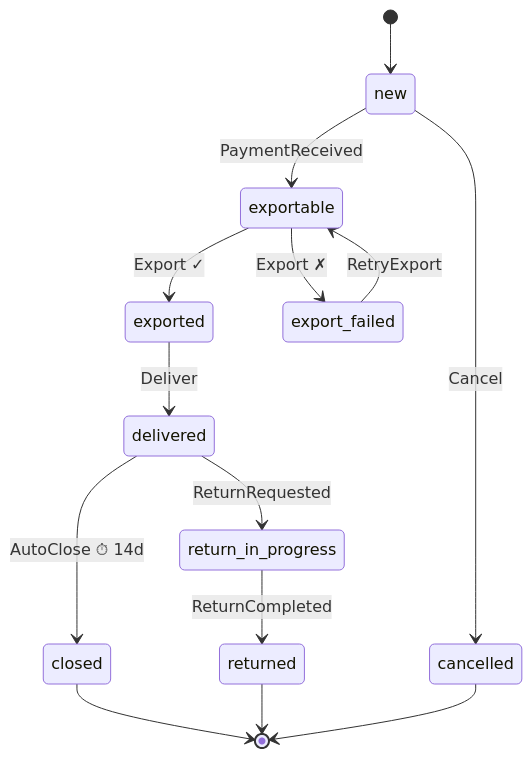
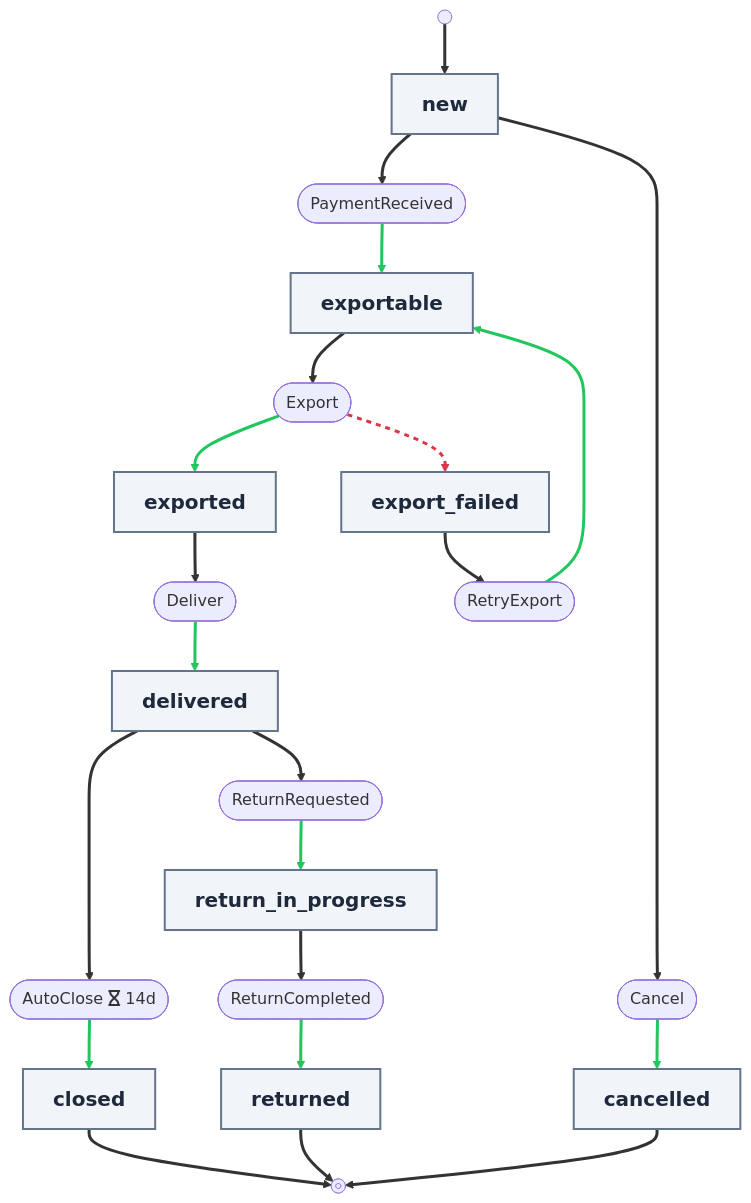
One commit to camcima/duraflows changed the diagram in docs/workflow-definitions.md. Above: the diagram before and after it, drawn with Mermaid. The commit also changed 5 other files, not shown here.

First line of the commit message:
feat: refine mermaid diagram visual design and add documentation

````diff
--- a/docs/workflow-definitions.md
+++ b/docs/workflow-definitions.md
@@ -432,16 +432,58 @@
 ```mermaid
-stateDiagram-v2
-    [*] --> new
-    new --> exportable : PaymentReceived
-    new --> cancelled : Cancel
-    exportable --> exported : Export ✓
-    exportable --> export_failed : Export ✗
-    exported --> delivered : Deliver
-    delivered --> closed : AutoClose ⏱ 14d
-    delivered --> return_in_progress : ReturnRequested
-    export_failed --> exportable : RetryExport
-    return_in_progress --> returned : ReturnCompleted
-    closed --> [*]
-    cancelled --> [*]
-    returned --> [*]
+flowchart TB
+
+    classDef stateNode fill:#f1f5f9,stroke:#64748b,stroke-width:2px,color:#1e293b,font-size:20px
+
+    _start@{ shape: sm-circ }
+    new["<b>new</b>"]:::stateNode
+    exportable["<b>exportable</b>"]:::stateNode
+    exported["<b>exported</b>"]:::stateNode
+    delivered["<b>delivered</b>"]:::stateNode
+    closed["<b>closed</b>"]:::stateNode
+    cancelled["<b>cancelled</b>"]:::stateNode
+    export_failed["<b>export_failed</b>"]:::stateNode
+    return_in_progress["<b>return_in_progress</b>"]:::stateNode
+    returned["<b>returned</b>"]:::stateNode
+    _end@{ shape: framed-circle }
+
+    _start --> new
+
+    new__PaymentReceived(["PaymentReceived"])
+    new --> new__PaymentReceived
+    new__PaymentReceived --> exportable
+    new__Cancel(["Cancel"])
+    new --> new__Cancel
+    new__Cancel --> cancelled
+
+    exportable__Export(["Export"])
+    exportable --> exportable__Export
+    exportable__Export --> exported
+    exportable__Export --> export_failed
+
+    exported__Deliver(["Deliver"])
+    exported --> exported__Deliver
+    exported__Deliver --> delivered
+
+    delivered__AutoClose(["AutoClose fa:fa-hourglass 14d"])
+    delivered --> delivered__AutoClose
+    delivered__AutoClose --> closed
+    delivered__ReturnRequested(["ReturnRequested"])
+    delivered --> delivered__ReturnRequested
+    delivered__ReturnRequested --> return_in_progress
+
+    export_failed__RetryExport(["RetryExport"])
+    export_failed --> export_failed__RetryExport
+    export_failed__RetryExport --> exportable
+
+    return_in_progress__ReturnCompleted(["ReturnCompleted"])
+    return_in_progress --> return_in_progress__ReturnCompleted
+    return_in_progress__ReturnCompleted --> returned
+
+    closed --> _end
+    cancelled --> _end
+    returned --> _end
+
+    linkStyle 0,1,3,5,8,10,12,14,16,18,19,20 stroke-width:3px
+    linkStyle 2,4,6,9,11,13,15,17 stroke:#22c55e,stroke-width:3px
+    linkStyle 7 stroke:#dc3545,stroke-width:3px,stroke-dasharray:5
 ```
````
